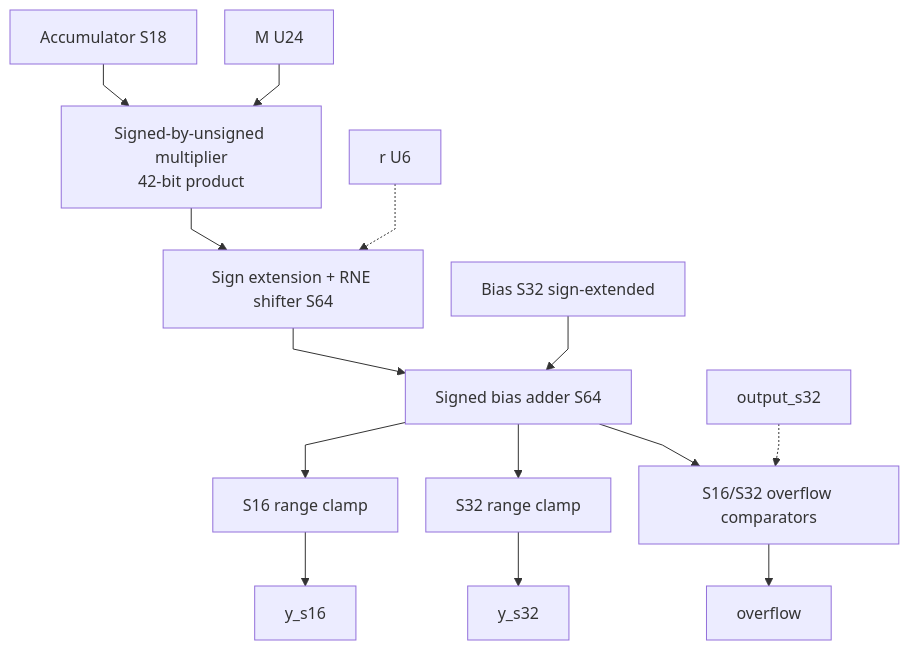
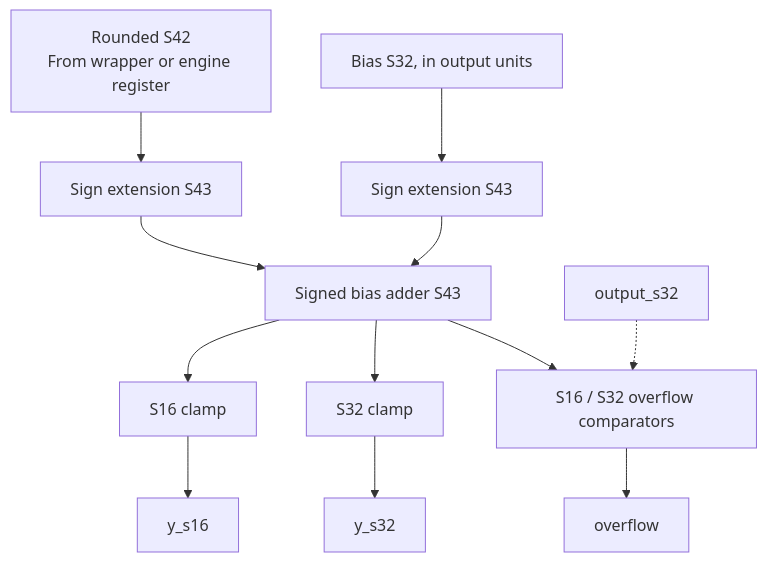
The second of 2 diagrams in docs/source_guide/blocks/postscale.sv.md (nguyennhutkhanhtom/NPU), drawn with Mermaid before and after one commit. The commit also changed other lines of this file and 608 other files, not shown here.

Commit message:
Implement autonomous RTL language graph with verified units and timing evidence

````diff
--- a/docs/source_guide/blocks/postscale.sv.md
+++ b/docs/source_guide/blocks/postscale.sv.md
@@ -104,17 +114,14 @@
 ```mermaid
 flowchart TB
-%%{init: {"flowchart": {"subGraphTitleMargin": {"top": 8, "bottom": 20}, "nodeSpacing": 28, "rankSpacing": 42, "curve": "linear"}}}%%
-    ACC["Accumulator S18"] --> MUL["Signed-by-unsigned multiplier<br/>42-bit product"]
-    M["M U24"] --> MUL
-    MUL --> ROUND["Sign extension + RNE shifter S64"]
-    R["r U6"] -.-> ROUND
-    ROUND --> ADD["Signed bias adder S64"]
-    B["Bias S32 sign-extended"] --> ADD
-    ADD --> S16["S16 range clamp"]
-    ADD --> S32["S32 range clamp"]
-    ADD --> DET["S16/S32 overflow comparators"]
+    R["Rounded S42<br/>From wrapper or engine register"] --> EXT["Sign extension S43"]
+    B["Bias S32, in output units"] --> EXT_B["Sign extension S43"]
+    EXT --> ADD["Signed bias adder S43"]
+    EXT_B --> ADD
+    ADD --> S16["S16 clamp"]
+    ADD --> S32["S32 clamp"]
+    ADD --> DET["S16 / S32 overflow comparators"]
     F["output_s32"] -.-> DET
     S16 --> Y16["y_s16"]
     S32 --> Y32["y_s32"]
     DET --> OV["overflow"]
 ```
````
